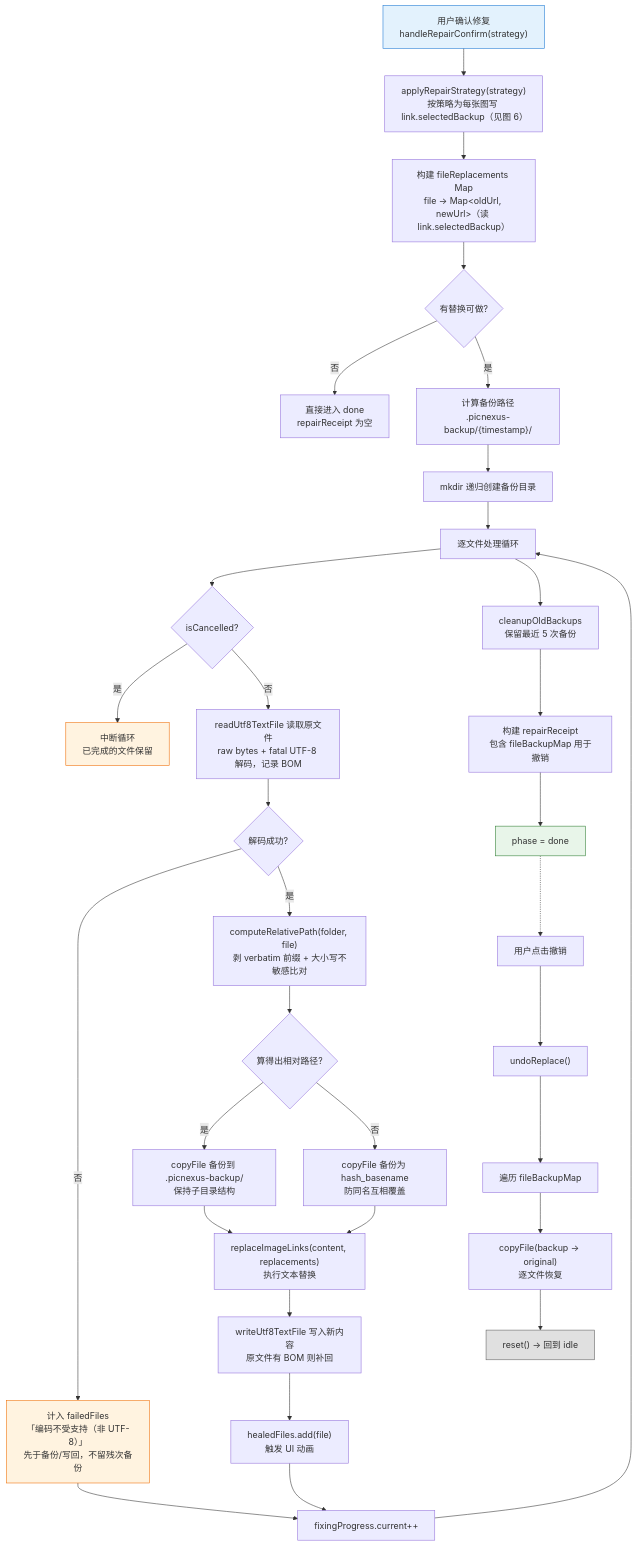
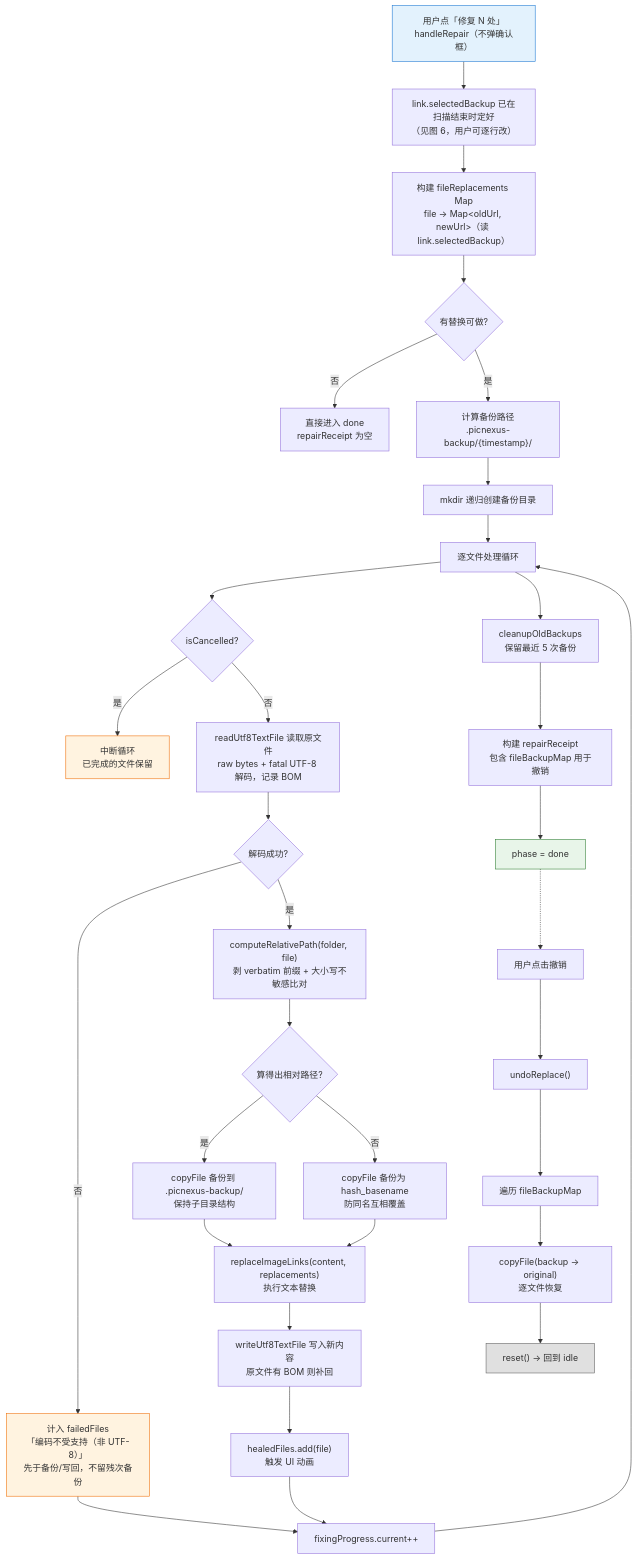
The fifth of 6 diagrams in docs/flows/md-rescue-flow.md (joeyliu6/PicNexus), drawn with Mermaid before and after one commit. The commit also changed other lines of this file, not shown here.

Commit message:
docs(md-rescue): describe preselected replacements instead of the strategy dialog

````diff
--- a/docs/flows/md-rescue-flow.md
+++ b/docs/flows/md-rescue-flow.md
@@ -245,43 +245,43 @@
 ```mermaid
 flowchart TD
-    A["用户确认修复<br/>handleRepairConfirm(strategy)"] --> B["applyRepairStrategy(strategy)<br/>按策略为每张图写 link.selectedBackup（见图 6）"]
+    A["用户点「修复 N 处」<br/>handleRepair（不弹确认框）"] --> B["link.selectedBackup 已在扫描结束时定好<br/>（见图 6，用户可逐行改）"]
     B --> C["构建 fileReplacements Map<br/>file → Map&lt;oldUrl, newUrl&gt;（读 link.selectedBackup）"]
     C --> D{有替换可做?}
     D -- 否 --> D1["直接进入 done<br/>repairReceipt 为空"]
     D -- 是 --> E["计算备份路径<br/>.picnexus-backup/{timestamp}/"]
     E --> F["mkdir 递归创建备份目录"]
 
     F --> G["逐文件处理循环"]
     G --> G1{isCancelled?}
     G1 -- 是 --> G2["中断循环<br/>已完成的文件保留"]
     G1 -- 否 --> H["readUtf8TextFile 读取原文件<br/>raw bytes + fatal UTF-8 解码，记录 BOM"]
     H --> H1{解码成功?}
     H1 -- 否 --> H2["计入 failedFiles<br/>「编码不受支持（非 UTF-8）」<br/>先于备份/写回，不留残次备份"]
     H2 --> M
     H1 -- 是 --> I0["computeRelativePath(folder, file)<br/>剥 verbatim 前缀 + 大小写不敏感比对"]
     I0 --> I1{算得出相对路径?}
     I1 -- 是 --> I["copyFile 备份到 .picnexus-backup/<br/>保持子目录结构"]
     I1 -- 否 --> I2["copyFile 备份为 hash_basename<br/>防同名互相覆盖"]
     I & I2 --> J["replaceImageLinks(content, replacements)<br/>执行文本替换"]
     J --> K["writeUtf8TextFile 写入新内容<br/>原文件有 BOM 则补回"]
     K --> L["healedFiles.add(file)<br/>触发 UI 动画"]
     L --> M["fixingProgress.current++"]
     M --> G
 
     G --> N["cleanupOldBackups<br/>保留最近 5 次备份"]
     N --> O["构建 repairReceipt<br/>包含 fileBackupMap 用于撤销"]
     O --> P["phase = done"]
 
     %% 撤销路径
     P -.-> Q["用户点击撤销"]
     Q --> R["undoReplace()"]
     R --> R1["遍历 fileBackupMap"]
     R1 --> R2["copyFile(backup → original)<br/>逐文件恢复"]
     R2 --> R3["reset() → 回到 idle"]
 
     style A fill:#e3f2fd,stroke:#1976d2
     style P fill:#e8f5e9,stroke:#2e7d32
     style G2 fill:#fff3e0,stroke:#ef6c00
     style H2 fill:#fff3e0,stroke:#ef6c00
     style R3 fill:#e0e0e0,stroke:#616161
 ```
````
